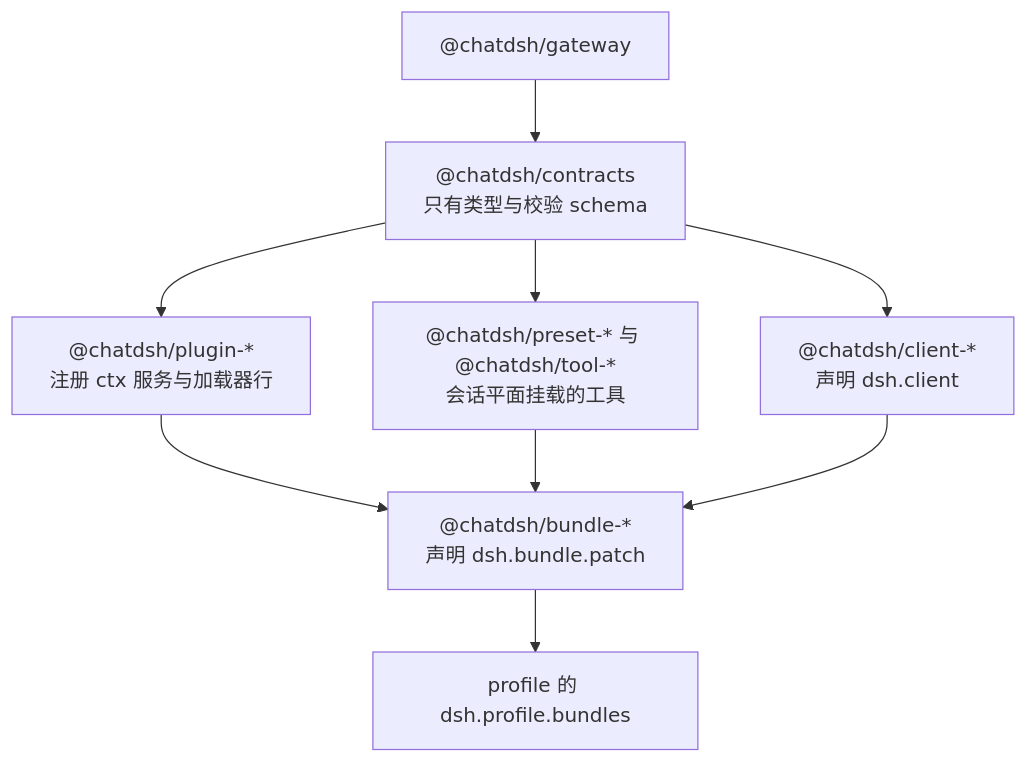
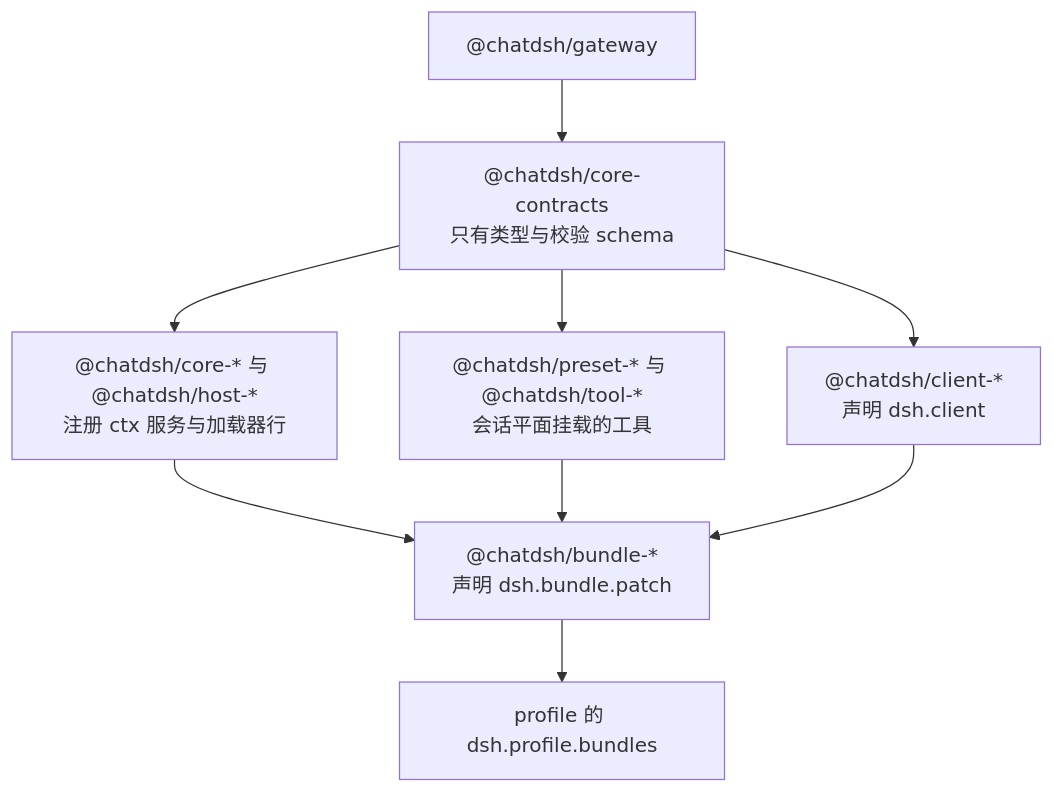
The fourth of 17 diagrams in runtime/docs/architecture-diagram.md (wenzetan/chatdsh), drawn with Mermaid before and after one commit. The commit also changed other lines of this file and 281 other files, not shown here.

````diff
--- a/runtime/docs/architecture-diagram.md
+++ b/runtime/docs/architecture-diagram.md
@@ -149,18 +149,18 @@
 ```mermaid
 flowchart TB
-  CONTR["@chatdsh/contracts<br/>只有类型与校验 schema"]
-  PLUG["@chatdsh/plugin-*<br/>注册 ctx 服务与加载器行"]
+  CONTR["@chatdsh/core-contracts<br/>只有类型与校验 schema"]
+  PLUG["@chatdsh/core-* 与 @chatdsh/host-*<br/>注册 ctx 服务与加载器行"]
   PRESET["@chatdsh/preset-* 与 @chatdsh/tool-*<br/>会话平面挂载的工具"]
   CLIN["@chatdsh/client-*<br/>声明 dsh.client"]
   BUND["@chatdsh/bundle-*<br/>声明 dsh.bundle.patch"]
   PROF["profile 的 dsh.profile.bundles"]
   GW["@chatdsh/gateway"]
   CONTR --> PLUG
   CONTR --> PRESET
   CONTR --> CLIN
   PLUG --> BUND
   PRESET --> BUND
   CLIN --> BUND
   BUND --> PROF
   GW --> CONTR
 ```
````
